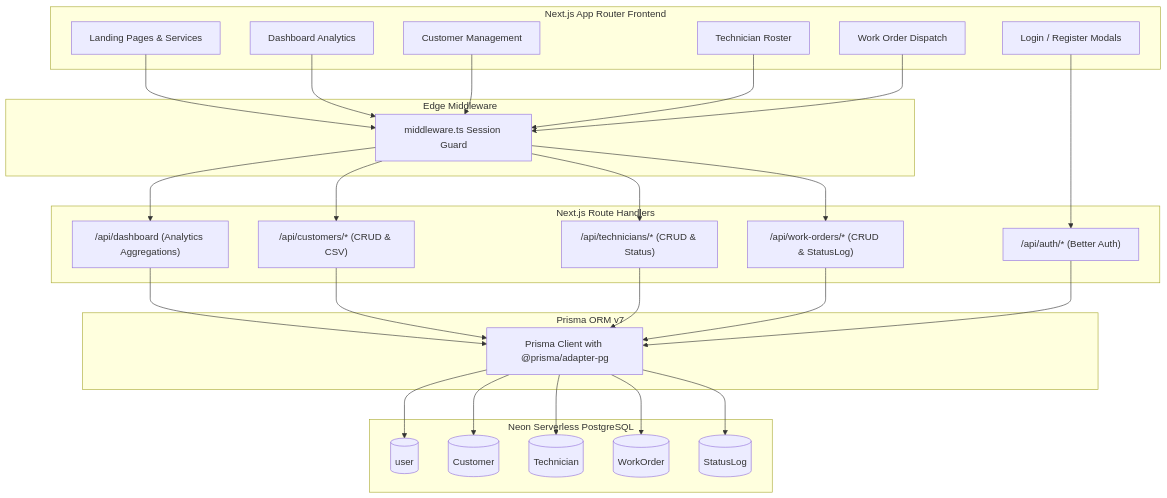
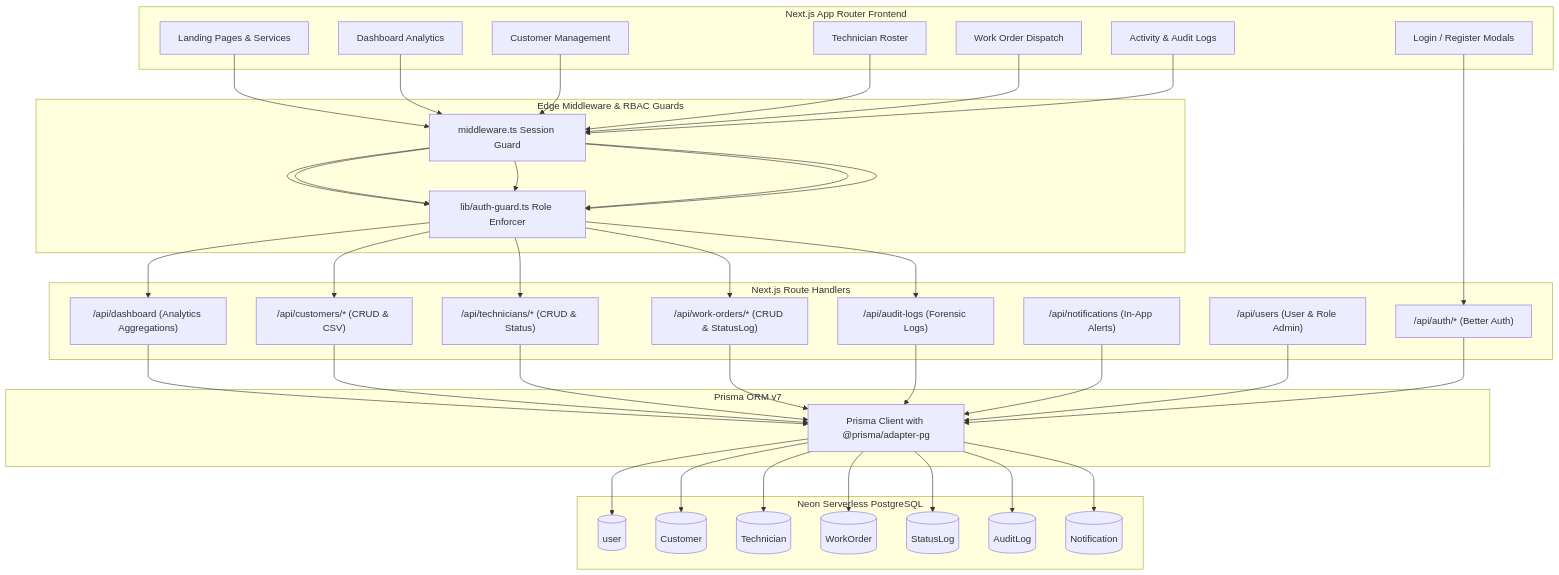
One commit to Dinupro/fieldflow changed the second of 2 diagrams in README.md. Above: the diagram before and after it, drawn with Mermaid. The commit also changed other lines of this file and 2 other files, not shown here.

Commit message:
docs: update README with 5-step operational workflow, architecture diagrams, and security guidelines

````diff
--- a/README.md
+++ b/README.md
@@ -220,54 +277,67 @@
 ```mermaid
 graph TD
     subgraph Client Layer [Next.js App Router Frontend]
         Landing[Landing Pages & Services]
         AuthUI[Login / Register Modals]
         DashUI[Dashboard Analytics]
         CustUI[Customer Management]
         TechUI[Technician Roster]
         WOrderUI[Work Order Dispatch]
+        AuditUI[Activity & Audit Logs]
     end
 
-    subgraph Security Layer [Edge Middleware]
+    subgraph Security Layer [Edge Middleware & RBAC Guards]
         MW[middleware.ts Session Guard]
+        RBAC[lib/auth-guard.ts Role Enforcer]
     end
 
     subgraph API Layer [Next.js Route Handlers]
         AuthAPI["/api/auth/* (Better Auth)"]
         DashAPI["/api/dashboard (Analytics Aggregations)"]
         CustAPI["/api/customers/* (CRUD & CSV)"]
         TechAPI["/api/technicians/* (CRUD & Status)"]
         WorkAPI["/api/work-orders/* (CRUD & StatusLog)"]
+        AuditAPI["/api/audit-logs (Forensic Logs)"]
+        NotifAPI["/api/notifications (In-App Alerts)"]
+        UserAPI["/api/users (User & Role Admin)"]
     end
 
     subgraph Data Access Layer [Prisma ORM v7]
         PrismaClient["Prisma Client with @prisma/adapter-pg"]
     end
 
     subgraph Database Layer [Neon Serverless PostgreSQL]
         UserTable[(user)]
         CustTable[(Customer)]
         TechTable[(Technician)]
         WOTable[(WorkOrder)]
         LogTable[(StatusLog)]
+        AuditTable[(AuditLog)]
+        NotifTable[(Notification)]
     end
 
     Landing --> MW
     AuthUI --> AuthAPI
-    DashUI --> MW --> DashAPI
-    CustUI --> MW --> CustAPI
-    TechUI --> MW --> TechAPI
-    WOrderUI --> MW --> WorkAPI
+    DashUI --> MW --> RBAC --> DashAPI
+    CustUI --> MW --> RBAC --> CustAPI
+    TechUI --> MW --> RBAC --> TechAPI
+    WOrderUI --> MW --> RBAC --> WorkAPI
+    AuditUI --> MW --> RBAC --> AuditAPI
 
     DashAPI --> PrismaClient
     CustAPI --> PrismaClient
     TechAPI --> PrismaClient
     WorkAPI --> PrismaClient
+    AuditAPI --> PrismaClient
+    NotifAPI --> PrismaClient
+    UserAPI --> PrismaClient
     AuthAPI --> PrismaClient
 
     PrismaClient --> UserTable
     PrismaClient --> CustTable
     PrismaClient --> TechTable
     PrismaClient --> WOTable
     PrismaClient --> LogTable
+    PrismaClient --> AuditTable
+    PrismaClient --> NotifTable
 ```
````
